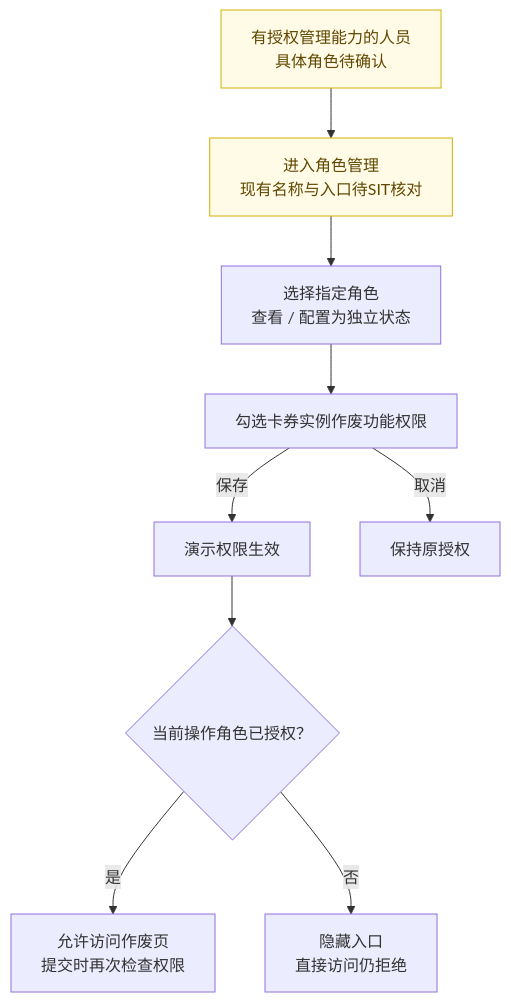
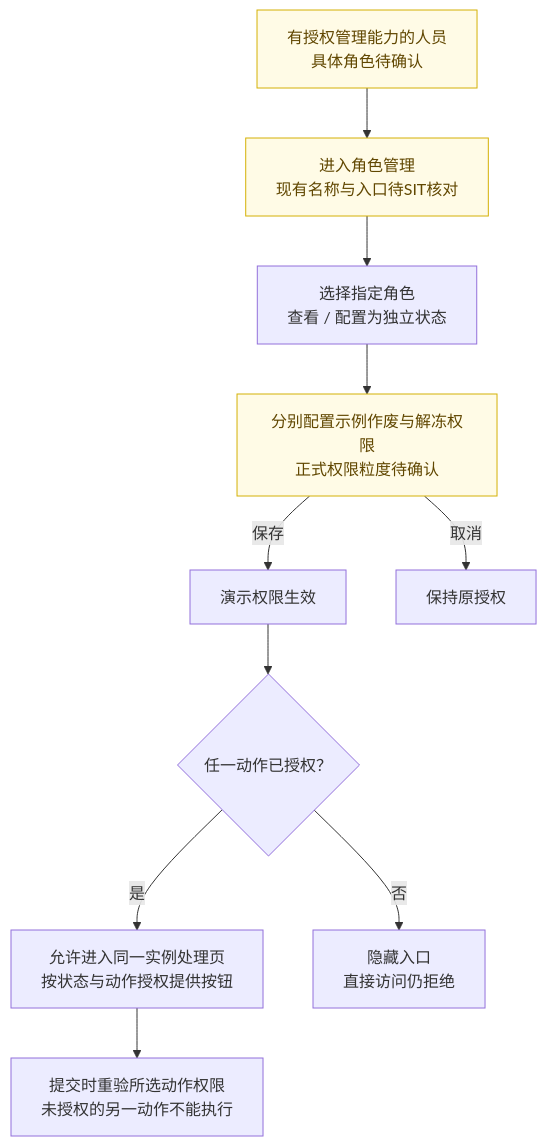
The diagram in coupon-instance-void/docs/permission-flow.mmd (huanghaofa/combo-activity-tiered-claim-prototype), drawn with Mermaid before and after one commit. The commit also changed 14 other files, not shown here.

```diff
--- a/coupon-instance-void/docs/permission-flow.mmd
+++ b/coupon-instance-void/docs/permission-flow.mmd
@@ -1,16 +1,19 @@
 flowchart TD
     A[有授权管理能力的人员
 具体角色待确认] --> B[进入角色管理
 现有名称与入口待SIT核对]
     B --> C[选择指定角色
 查看 / 配置为独立状态]
-    C --> D[勾选卡券实例作废功能权限]
+    C --> D[分别配置示例作废与解冻权限
+正式权限粒度待确认]
     D -- 保存 --> E[演示权限生效]
     D -- 取消 --> F[保持原授权]
-    E --> G{当前操作角色已授权？}
-    G -- 是 --> H[允许访问作废页
-提交时再次检查权限]
+    E --> G{任一动作已授权？}
+    G -- 是 --> H[允许进入同一实例处理页
+按状态与动作授权提供按钮]
     G -- 否 --> I[隐藏入口
 直接访问仍拒绝]
+    H --> J[提交时重验所选动作权限
+未授权的另一动作不能执行]
     classDef pending fill:#fffbe6,stroke:#d4b106,color:#614700;
-    class A,B pending;
+    class A,B,D pending;
```
